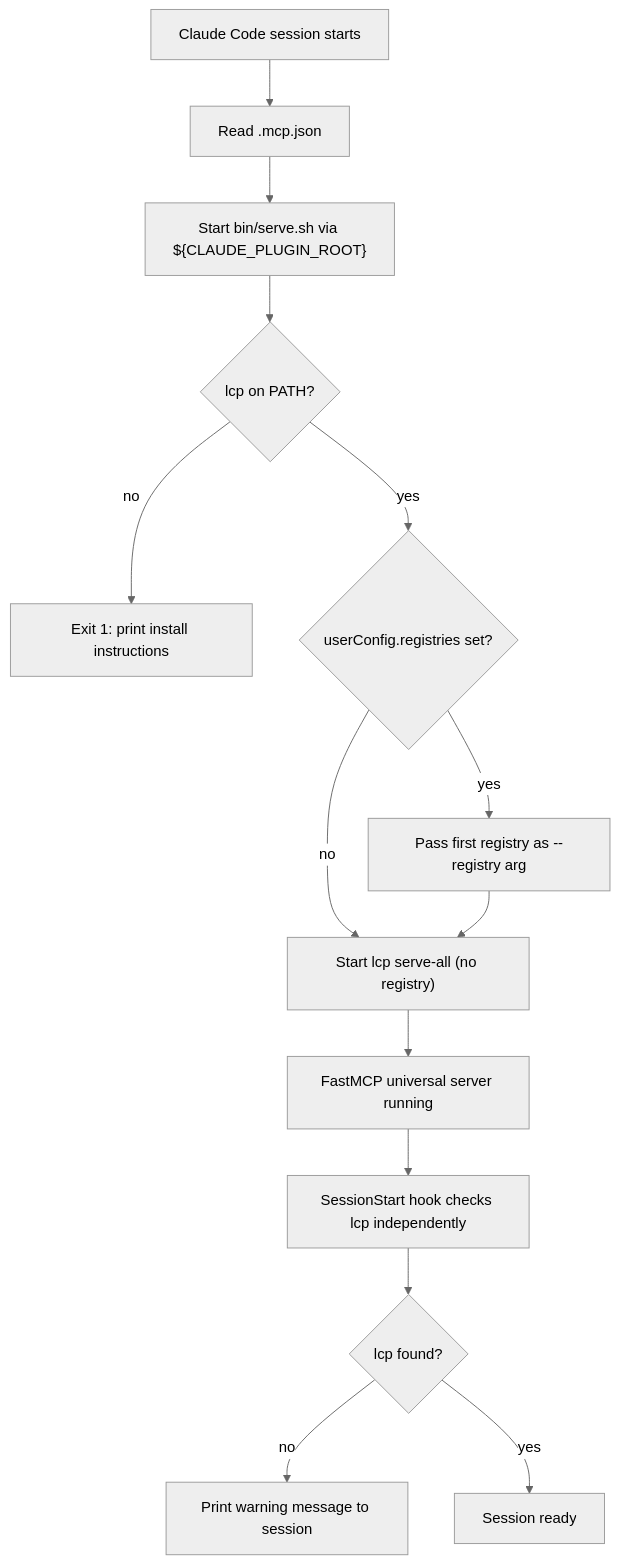
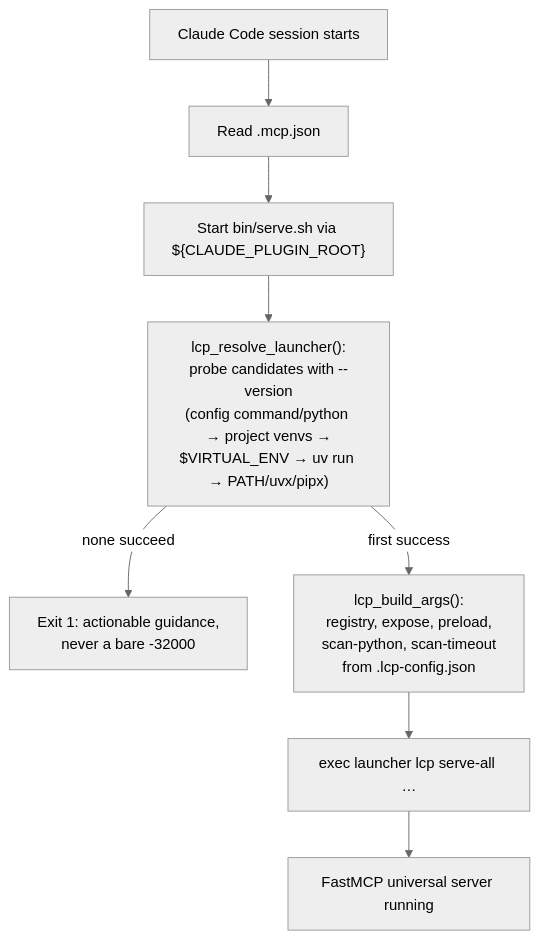
Before and after one commit to zazza123/lcp: the second of 3 diagrams in docs/architecture/plugin/architecture.md, drawn with Mermaid (neutral theme). The commit also changed other lines of this file and 1 other file, not shown here.

First line of the commit message:
DOC: Refresh plugin architecture doc for launcher, hooks and config rename

````diff
--- a/docs/architecture/plugin/architecture.md
+++ b/docs/architecture/plugin/architecture.md
@@ -58,16 +65,10 @@
 ```mermaid
 flowchart TD
     A["Claude Code session starts"] --> B["Read .mcp.json"]
     B --> C["Start bin/serve.sh via ${CLAUDE_PLUGIN_ROOT}"]
-    C --> D{"lcp on PATH?"}
-    D -- no --> E["Exit 1: print install instructions"]
-    D -- yes --> F{"userConfig.registries set?"}
-    F -- yes --> G["Pass first registry as --registry arg"]
-    F -- no --> H["Start lcp serve-all (no registry)"]
-    G --> H
-    H --> I["FastMCP universal server running"]
-    I --> J["SessionStart hook checks lcp independently"]
-    J --> K{"lcp found?"}
-    K -- no --> L["Print warning message to session"]
-    K -- yes --> M["Session ready"]
+    C --> D["lcp_resolve_launcher():\nprobe candidates with --version\n(config command/python → project venvs →\n$VIRTUAL_ENV → uv run → PATH/uvx/pipx)"]
+    D -- none succeed --> E["Exit 1: actionable guidance,\nnever a bare -32000"]
+    D -- first success --> F["lcp_build_args():\nregistry, expose, preload,\nscan-python, scan-timeout\nfrom .lcp-config.json"]
+    F --> G["exec launcher lcp serve-all …"]
+    G --> H["FastMCP universal server running"]
 ```
````
